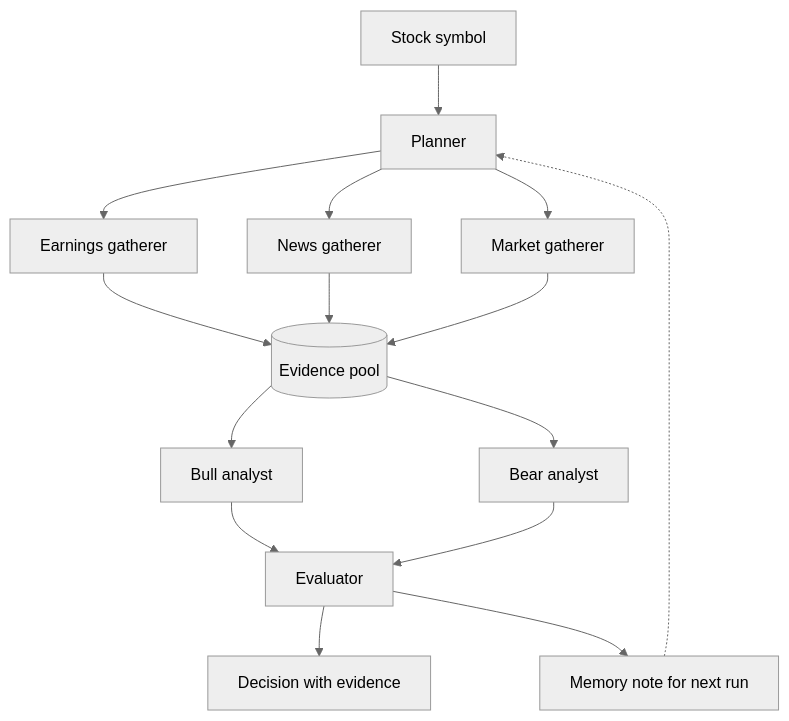
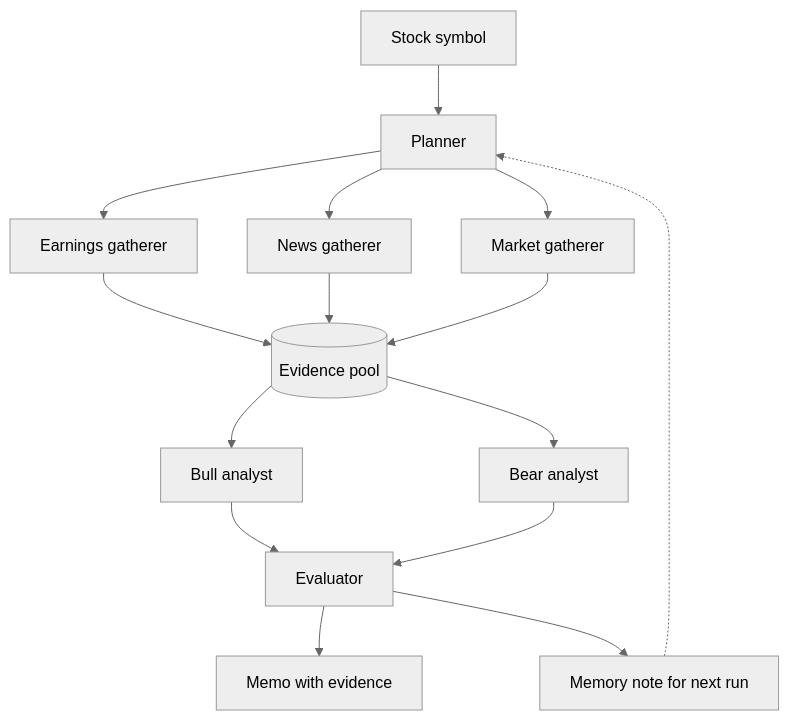
One commit to ibucketbranch/AAI-520-Final-Project changed the diagram in README.md. Above: the diagram before and after it, drawn with Mermaid (neutral theme). The commit also changed other lines of this file and 8 other files, not shown here.

````diff
--- a/README.md
+++ b/README.md
@@ -15,17 +40,17 @@
 ```mermaid
 flowchart TD
     S[Stock symbol] --> P[Planner]
     P --> E[Earnings gatherer]
     P --> N[News gatherer]
     P --> M[Market gatherer]
     E --> POOL[(Evidence pool)]
     N --> POOL
     M --> POOL
     POOL --> BULL[Bull analyst]
     POOL --> BEAR[Bear analyst]
     BULL --> EV[Evaluator]
     BEAR --> EV
-    EV --> D[Decision with evidence]
+    EV --> D[Memo with evidence]
     EV --> MEM[Memory note for next run]
     MEM -.-> P
 ```
````
